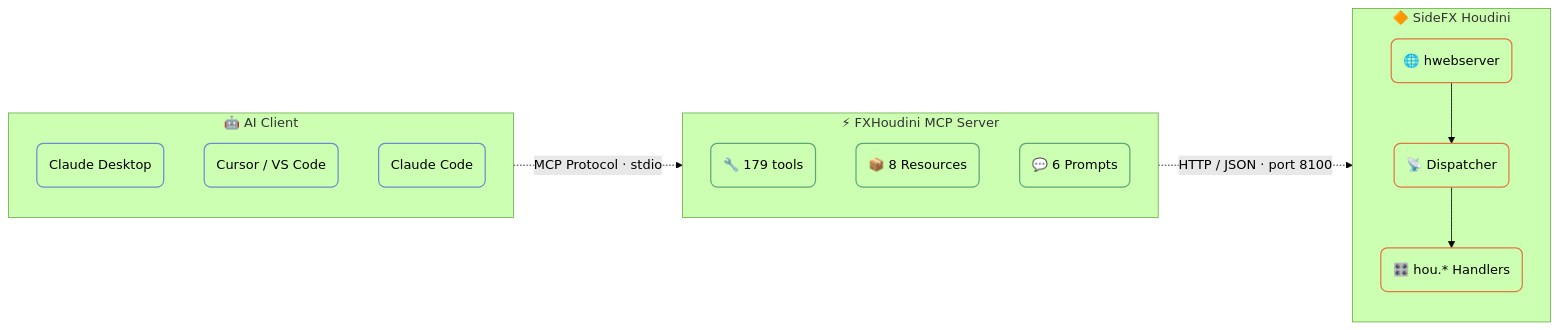
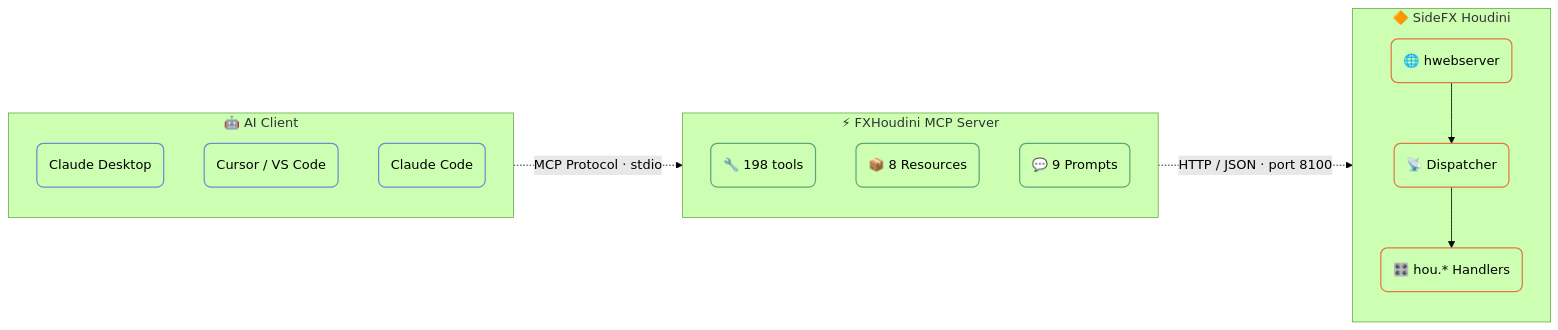
Before and after one commit to Ced04826/fxhoudinimcp: the diagram in docs/index.md, drawn with Mermaid (forest theme). The commit also changed other lines of this file and 27 other files, not shown here.

````diff
--- a/docs/index.md
+++ b/docs/index.md
@@ -40,35 +41,35 @@
 ```mermaid
 flowchart LR
     subgraph Client[" 🤖 AI Client "]
         direction TB
         A1("Claude Desktop")
         A2("Cursor / VS Code")
         A3("Claude Code")
     end
 
     subgraph MCP[" ⚡ FXHoudini MCP Server "]
         direction TB
-        B1("🔧 179 tools")
+        B1("🔧 198 tools")
         B2("📦 8 Resources")
-        B3("💬 6 Prompts")
+        B3("💬 9 Prompts")
     end
 
     subgraph Houdini[" 🔶 SideFX Houdini "]
         direction TB
         C1("🌐 hwebserver")
         C2("📡 Dispatcher")
         C3("🎛️ hou.* Handlers")
         C1 --> C2 --> C3
     end
 
     Client -. "MCP Protocol · stdio" .-> MCP
     MCP -. "HTTP / JSON · port 8100" .-> Houdini
 
     classDef clientNode fill:transparent,stroke:#6b8cce,stroke-width:1.5px,rx:8,ry:8
     classDef mcpNode fill:transparent,stroke:#5ba67a,stroke-width:1.5px,rx:8,ry:8
     classDef houdiniNode fill:transparent,stroke:#e07840,stroke-width:1.5px,rx:8,ry:8
 
     class A1,A2,A3 clientNode
     class B1,B2,B3 mcpNode
     class C1,C2,C3 houdiniNode
 ```
````
